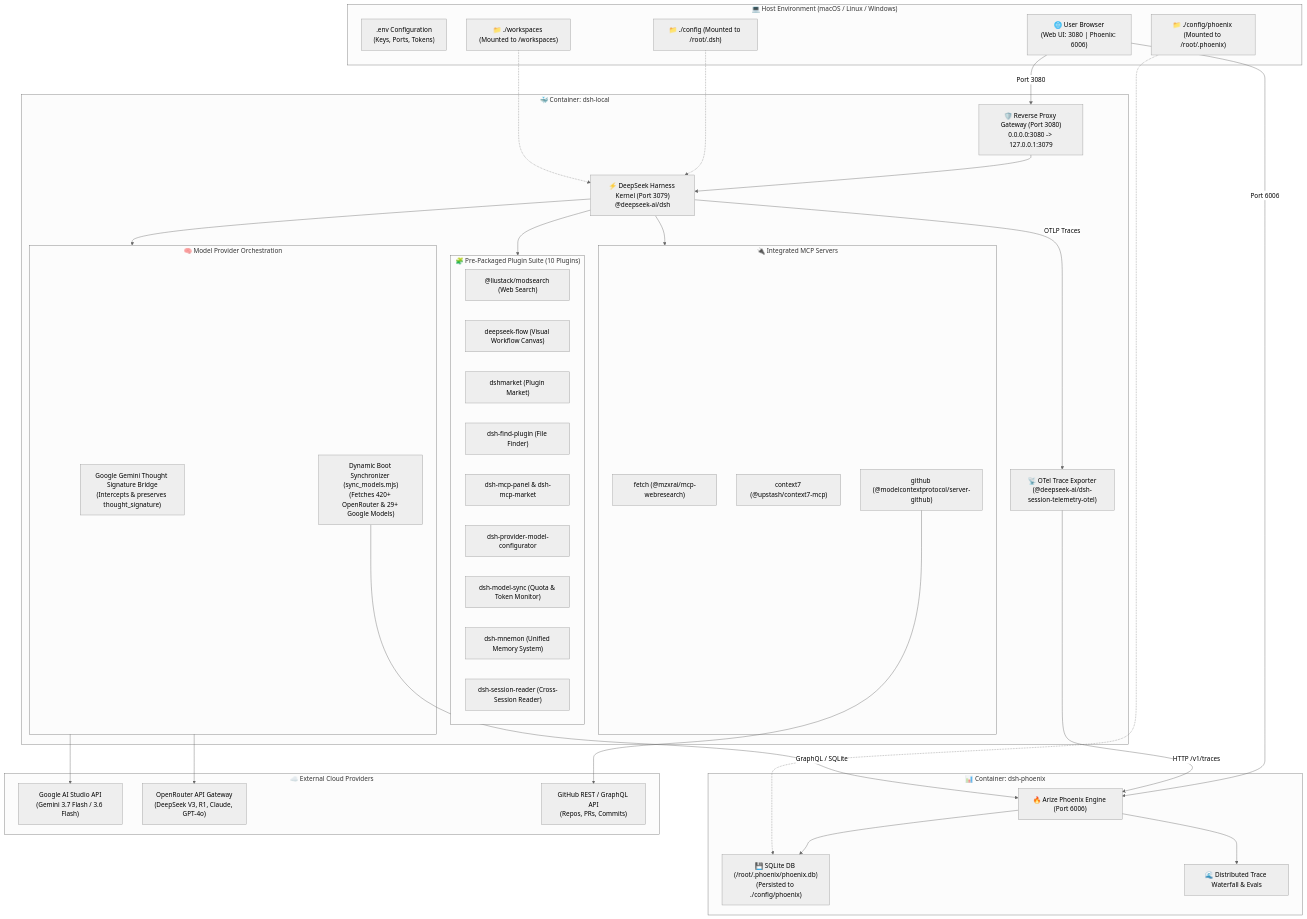
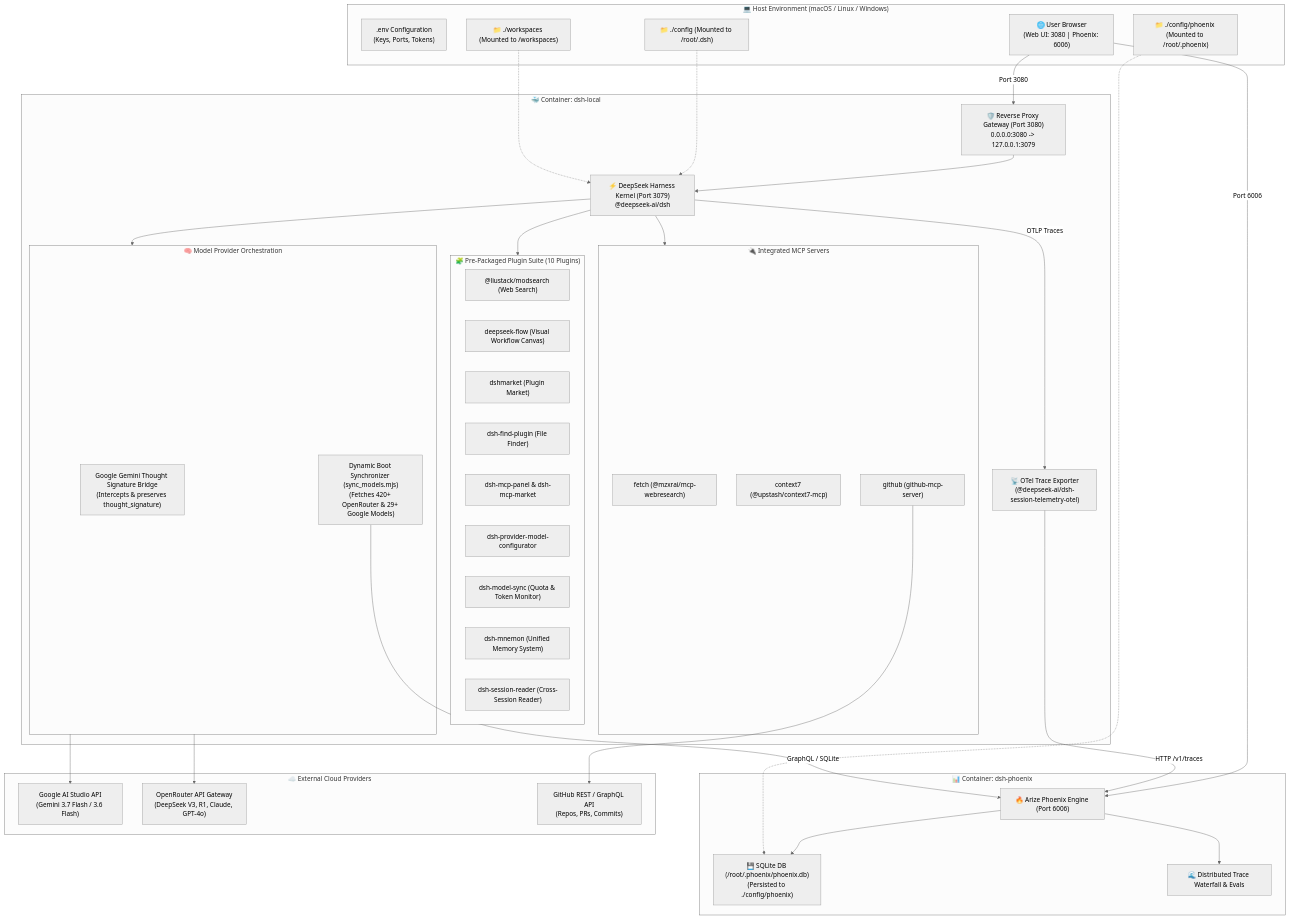
Before and after one commit to hdjebar/DSH-DDS: the diagram in docs/architecture.md, drawn with Mermaid (neutral theme). The commit also changed 11 other files, not shown here.

Commit message:
fix(mcp): migrate to official github-mcp-server binary and pin Astral uv multi-platform digest

````diff
--- a/docs/architecture.md
+++ b/docs/architecture.md
@@ -3,73 +3,73 @@
 ```mermaid
 flowchart TD
     subgraph Host ["💻 Host Environment (macOS / Linux / Windows)"]
         ENV[".env Configuration\n(Keys, Ports, Tokens)"]
         VOL_CFG["📁 ./config (Mounted to /root/.dsh)"]
         VOL_PHX["📁 ./config/phoenix (Mounted to /root/.phoenix)"]
         VOL_WS["📁 ./workspaces (Mounted to /workspaces)"]
         BROWSER["🌐 User Browser\n(Web UI: 3080 | Phoenix: 6006)"]
     end
 
     subgraph DSH_Container ["🐳 Container: dsh-local"]
         PROXY["🛡️ Reverse Proxy Gateway (Port 3080)\n0.0.0.0:3080 -> 127.0.0.1:3079"]
         CORE["⚡ DeepSeek Harness Kernel (Port 3079)\n@deepseek-ai/dsh"]
         
         subgraph Plugins ["🧩 Pre-Packaged Plugin Suite (10 Plugins)"]
             PLUG_SRC["@liustack/modsearch (Web Search)"]
             PLUG_FLOW["deepseek-flow (Visual Workflow Canvas)"]
             PLUG_MKT["dshmarket (Plugin Market)"]
             PLUG_FIND["dsh-find-plugin (File Finder)"]
             PLUG_MCP_PNL["dsh-mcp-panel & dsh-mcp-market"]
             PLUG_CFG["dsh-provider-model-configurator"]
             PLUG_SYNC["dsh-model-sync (Quota & Token Monitor)"]
             PLUG_MNEM["dsh-mnemon (Unified Memory System)"]
             PLUG_DISTILL["dsh-session-reader (Cross-Session Reader)"]
         end
 
         subgraph MCP_Servers ["🔌 Integrated MCP Servers"]
             MCP_FETCH["fetch (@mzxrai/mcp-webresearch)"]
             MCP_CTX["context7 (@upstash/context7-mcp)"]
-            MCP_GH["github (@modelcontextprotocol/server-github)"]
+            MCP_GH["github (github-mcp-server)"]
         end
 
         subgraph LLM_Bridges ["🧠 Model Provider Orchestration"]
             BRIDGE_GEMINI["Google Gemini Thought Signature Bridge\n(Intercepts & preserves thought_signature)"]
             AUTO_SYNC["Dynamic Boot Synchronizer (sync_models.mjs)\n(Fetches 420+ OpenRouter & 29+ Google Models)"]
         end
 
         OTEL_EXPORTER["📡 OTel Trace Exporter\n(@deepseek-ai/dsh-session-telemetry-otel)"]
     end
 
     subgraph Phoenix_Container ["📊 Container: dsh-phoenix"]
         PHOENIX_SRV["🔥 Arize Phoenix Engine (Port 6006)"]
         SQLITE_DB["💾 SQLite DB (/root/.phoenix/phoenix.db)\n(Persisted to ./config/phoenix)"]
         TRACES["🌊 Distributed Trace Waterfall & Evals"]
     end
 
     subgraph External_APIs ["☁️ External Cloud Providers"]
         API_GEMINI["Google AI Studio API\n(Gemini 3.7 Flash / 3.6 Flash)"]
         API_OPENROUTER["OpenRouter API Gateway\n(DeepSeek V3, R1, Claude, GPT-4o)"]
         API_GITHUB["GitHub REST / GraphQL API\n(Repos, PRs, Commits)"]
     end
 
     %% Connections
     BROWSER -->|Port 3080| PROXY
     BROWSER -->|Port 6006| PHOENIX_SRV
     PROXY --> CORE
     CORE --> Plugins
     CORE --> MCP_Servers
     CORE --> LLM_Bridges
     LLM_Bridges --> API_GEMINI
     LLM_Bridges --> API_OPENROUTER
     MCP_GH --> API_GITHUB
     
     CORE -->|OTLP Traces| OTEL_EXPORTER
     OTEL_EXPORTER -->|HTTP /v1/traces| PHOENIX_SRV
     PHOENIX_SRV --> SQLITE_DB
     PHOENIX_SRV --> TRACES
     AUTO_SYNC -->|GraphQL / SQLite| PHOENIX_SRV
 
     VOL_CFG -.-> CORE
     VOL_PHX -.-> SQLITE_DB
     VOL_WS -.-> CORE
 ```
````
